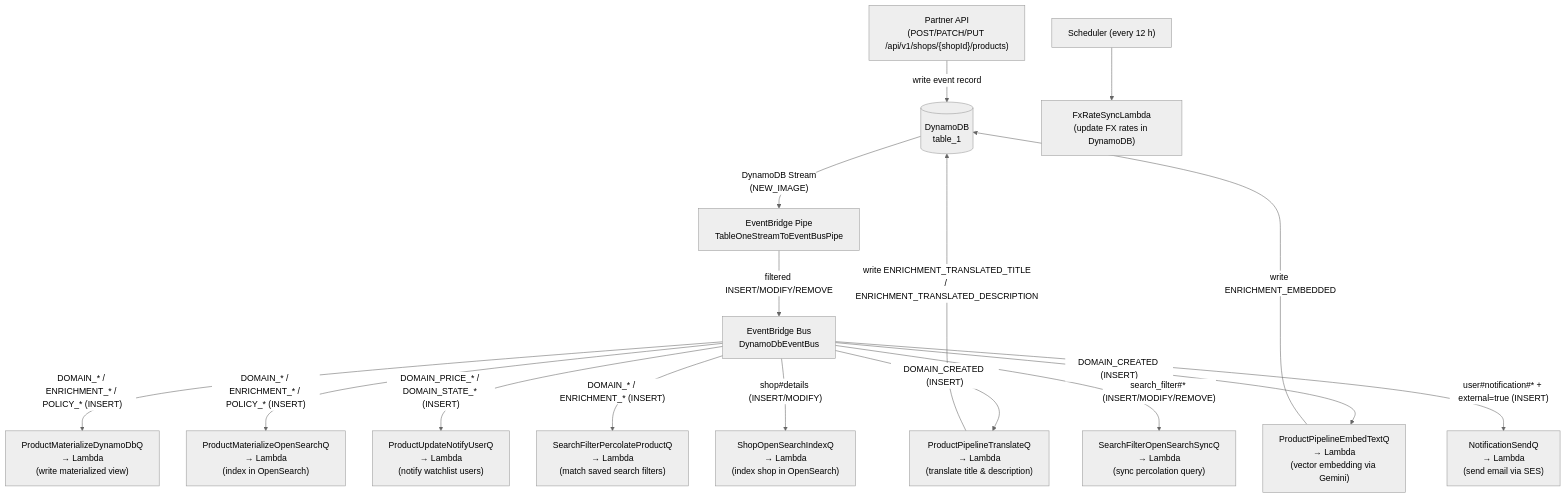
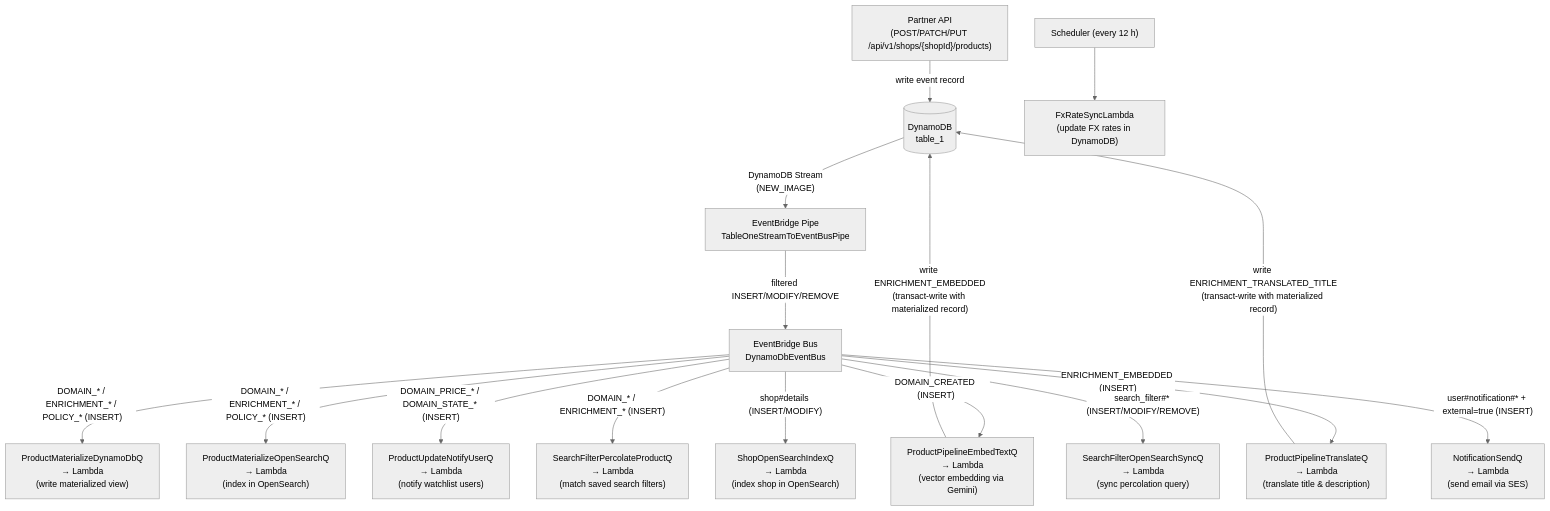
Before and after one commit to aura-historia/backend: the first of 2 diagrams in docs/events/flow.md, drawn with Mermaid (neutral theme). The commit also changed other lines of this file and 3 other files, not shown here.

First line of the commit message:
update CFN templates and docs: translate triggers on ENRICHMENT_EMBEDDED, add TransactWriteItems/BatchGetItem permissions

````diff
--- a/docs/events/flow.md
+++ b/docs/events/flow.md
@@ -32,37 +32,37 @@
 ```mermaid
 flowchart TD
     API["Partner API\n(POST/PATCH/PUT /api/v1/shops/{shopId}/products)"]
     DB[("DynamoDB\ntable_1")]
     PIPE["EventBridge Pipe\nTableOneStreamToEventBusPipe"]
     BUS["EventBridge Bus\nDynamoDbEventBus"]
 
     API -->|"write event record"| DB
     DB -->|"DynamoDB Stream\n(NEW_IMAGE)"| PIPE
     PIPE -->|"filtered INSERT/MODIFY/REMOVE"| BUS
 
     %% Materialization
     BUS -->|"DOMAIN_* / ENRICHMENT_* / POLICY_* (INSERT)"| MatDDB["ProductMaterializeDynamoDbQ\n→ Lambda\n(write materialized view)"]
     BUS -->|"DOMAIN_* / ENRICHMENT_* / POLICY_* (INSERT)"| MatOS["ProductMaterializeOpenSearchQ\n→ Lambda\n(index in OpenSearch)"]
 
     %% User notifications (only price & state changes)
     BUS -->|"DOMAIN_PRICE_* / DOMAIN_STATE_* (INSERT)"| NotifyUser["ProductUpdateNotifyUserQ\n→ Lambda\n(notify watchlist users)"]
     BUS -->|"DOMAIN_* / ENRICHMENT_* (INSERT)"| Percolate["SearchFilterPercolateProductQ\n→ Lambda\n(match saved search filters)"]
 
-    %% Enrichment pipeline
-    BUS -->|"DOMAIN_CREATED (INSERT)"| Translate["ProductPipelineTranslateQ\n→ Lambda\n(translate title & description)"]
+    %% Enrichment pipeline (chained: embed-text fires first, translate fires second)
     BUS -->|"DOMAIN_CREATED (INSERT)"| EmbedText["ProductPipelineEmbedTextQ\n→ Lambda\n(vector embedding via Gemini)"]
+    BUS -->|"ENRICHMENT_EMBEDDED (INSERT)"| Translate["ProductPipelineTranslateQ\n→ Lambda\n(translate title & description)"]
 
     %% Enrichment pipeline writes back to DynamoDB
-    Translate -->|"write ENRICHMENT_TRANSLATED_TITLE\n/ ENRICHMENT_TRANSLATED_DESCRIPTION"| DB
-    EmbedText -->|"write ENRICHMENT_EMBEDDED"| DB
+    EmbedText -->|"write ENRICHMENT_EMBEDDED\n(transact-write with materialized record)"| DB
+    Translate -->|"write ENRICHMENT_TRANSLATED_TITLE\n(transact-write with materialized record)"| DB
 
     %% Shop & search filter sync
     BUS -->|"shop#details (INSERT/MODIFY)"| ShopOS["ShopOpenSearchIndexQ\n→ Lambda\n(index shop in OpenSearch)"]
     BUS -->|"search_filter#* (INSERT/MODIFY/REMOVE)"| SFSync["SearchFilterOpenSearchSyncQ\n→ Lambda\n(sync percolation query)"]
 
     %% External notification send
     BUS -->|"user#notification#* + external=true (INSERT)"| SendNotif["NotificationSendQ\n→ Lambda\n(send email via SES)"]
 
     %% Scheduled
     SCHED2["Scheduler (every 12 h)"] --> FxRate["FxRateSyncLambda\n(update FX rates in DynamoDB)"]
 ```
````
